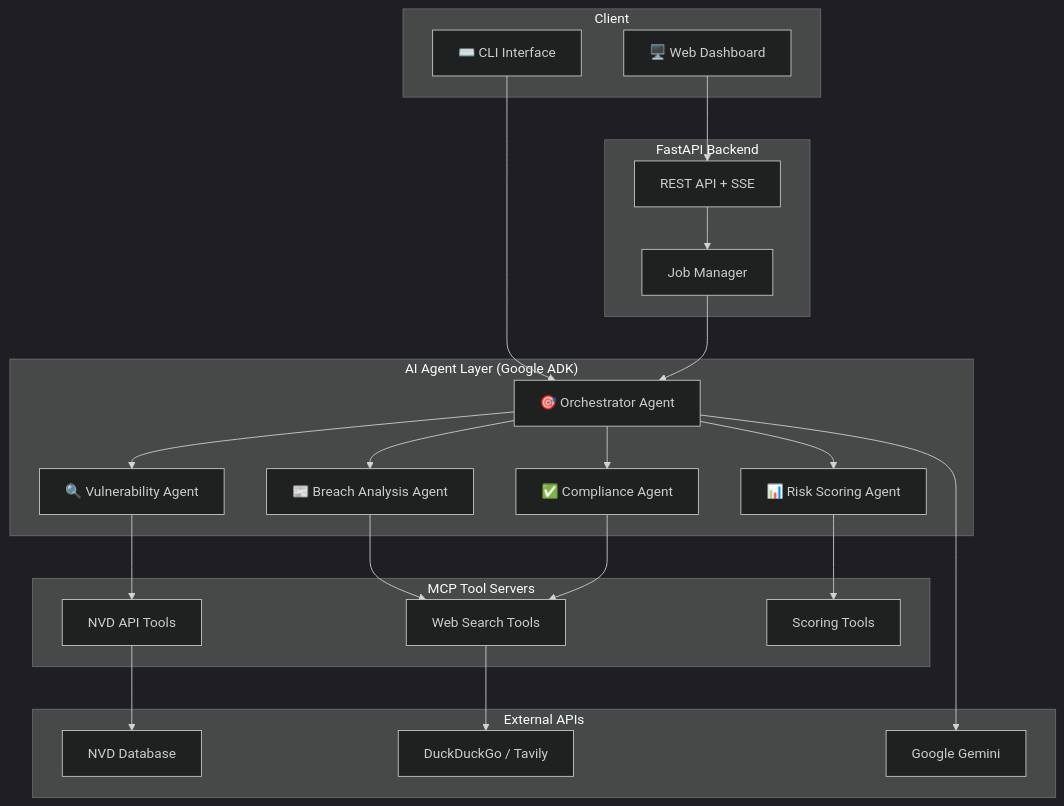
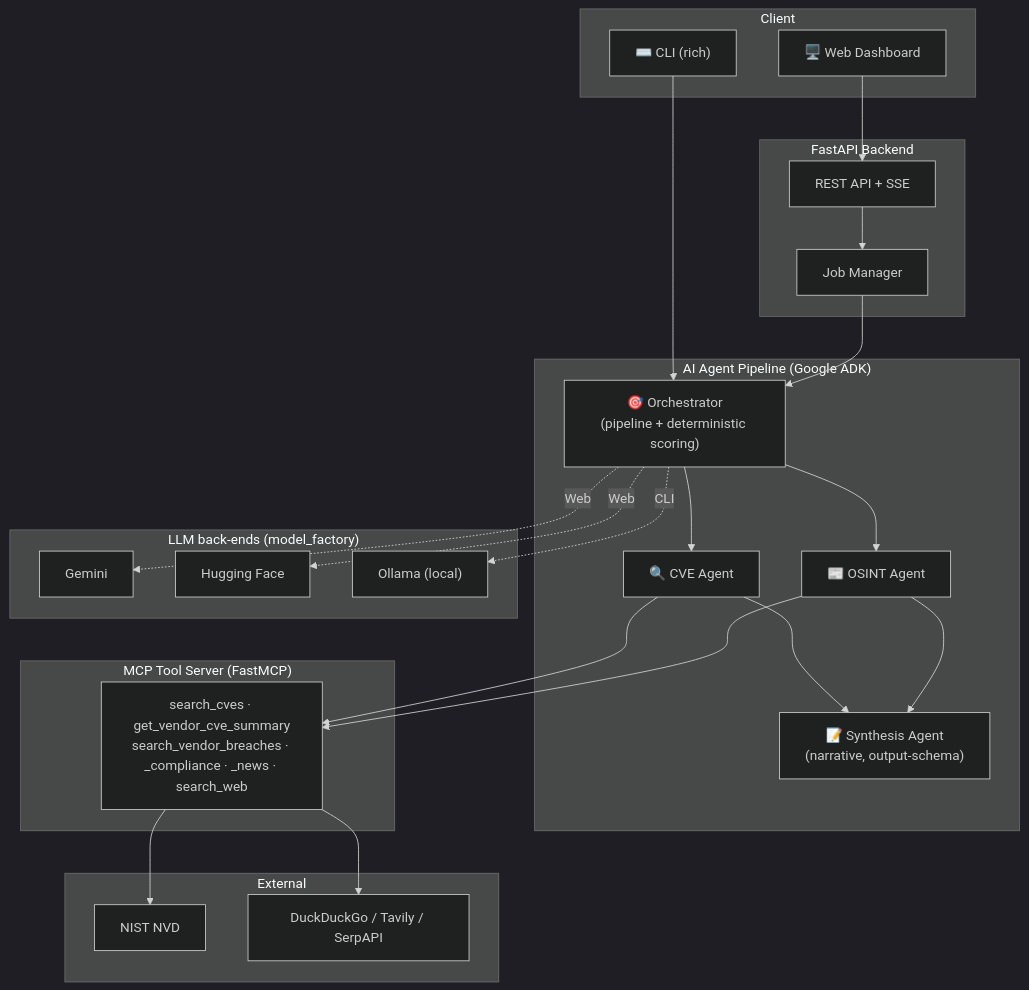
The diagram in README.md (Adarsh04Arun/Kaggle_AI_Agent_-Vendor-Risk-Assessment-), drawn with Mermaid (dark theme) before and after one commit. The commit also changed other lines of this file and 3 other files, not shown here.

Commit message:
Changed from Gemini to hugging face model

````diff
--- a/README.md
+++ b/README.md
@@ -15,44 +17,43 @@
 ```mermaid
 graph TB
     subgraph Client
         UI["🖥️ Web Dashboard"]
-        CLI["⌨️ CLI Interface"]
+        CLI["⌨️ CLI (rich)"]
     end
 
     subgraph "FastAPI Backend"
         API["REST API + SSE"]
         Jobs["Job Manager"]
     end
 
-    subgraph "AI Agent Layer (Google ADK)"
-        Orch["🎯 Orchestrator Agent"]
-        VA["🔍 Vulnerability Agent"]
-        BA["📰 Breach Analysis Agent"]
-        CA["✅ Compliance Agent"]
-        RA["📊 Risk Scoring Agent"]
+    subgraph "AI Agent Pipeline (Google ADK)"
+        Orch["🎯 Orchestrator<br/>(pipeline + deterministic scoring)"]
+        CVE["🔍 CVE Agent"]
+        OSINT["📰 OSINT Agent"]
+        SYN["📝 Synthesis Agent<br/>(narrative, output-schema)"]
     end
 
-    subgraph "MCP Tool Servers"
-        NVD["NVD API Tools"]
-        Search["Web Search Tools"]
-        Score["Scoring Tools"]
+    subgraph "MCP Tool Server (FastMCP)"
+        Tools["search_cves · get_vendor_cve_summary<br/>search_vendor_breaches · _compliance · _news · search_web"]
     end
 
-    subgraph "External APIs"
-        NVDAPI["NVD Database"]
-        SearchAPI["DuckDuckGo / Tavily"]
-        GeminiAPI["Google Gemini"]
+    subgraph "External"
+        NVDAPI["NIST NVD"]
+        SearchAPI["DuckDuckGo / Tavily / SerpAPI"]
+    end
+
+    subgraph "LLM back-ends (model_factory)"
+        Gem["Gemini"]
+        HF["Hugging Face"]
+        Oll["Ollama (local)"]
     end
 
     UI --> API
     CLI --> Orch
     API --> Jobs --> Orch
-    Orch --> VA & BA & CA & RA
-    VA --> NVD
-    BA --> Search
-    CA --> Search
-    RA --> Score
-    NVD --> NVDAPI
-    Search --> SearchAPI
-    Orch --> GeminiAPI
+    Orch --> CVE & OSINT --> SYN
+    CVE & OSINT --> Tools
+    Tools --> NVDAPI & SearchAPI
+    Orch -.->|CLI| Oll
+    Orch -.->|Web| Gem & HF
 ```
````
